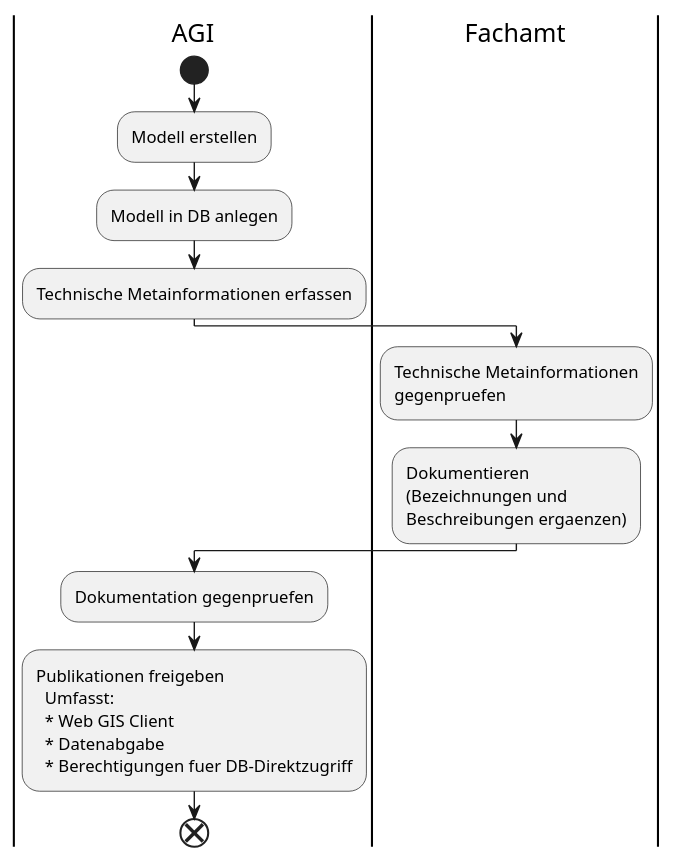
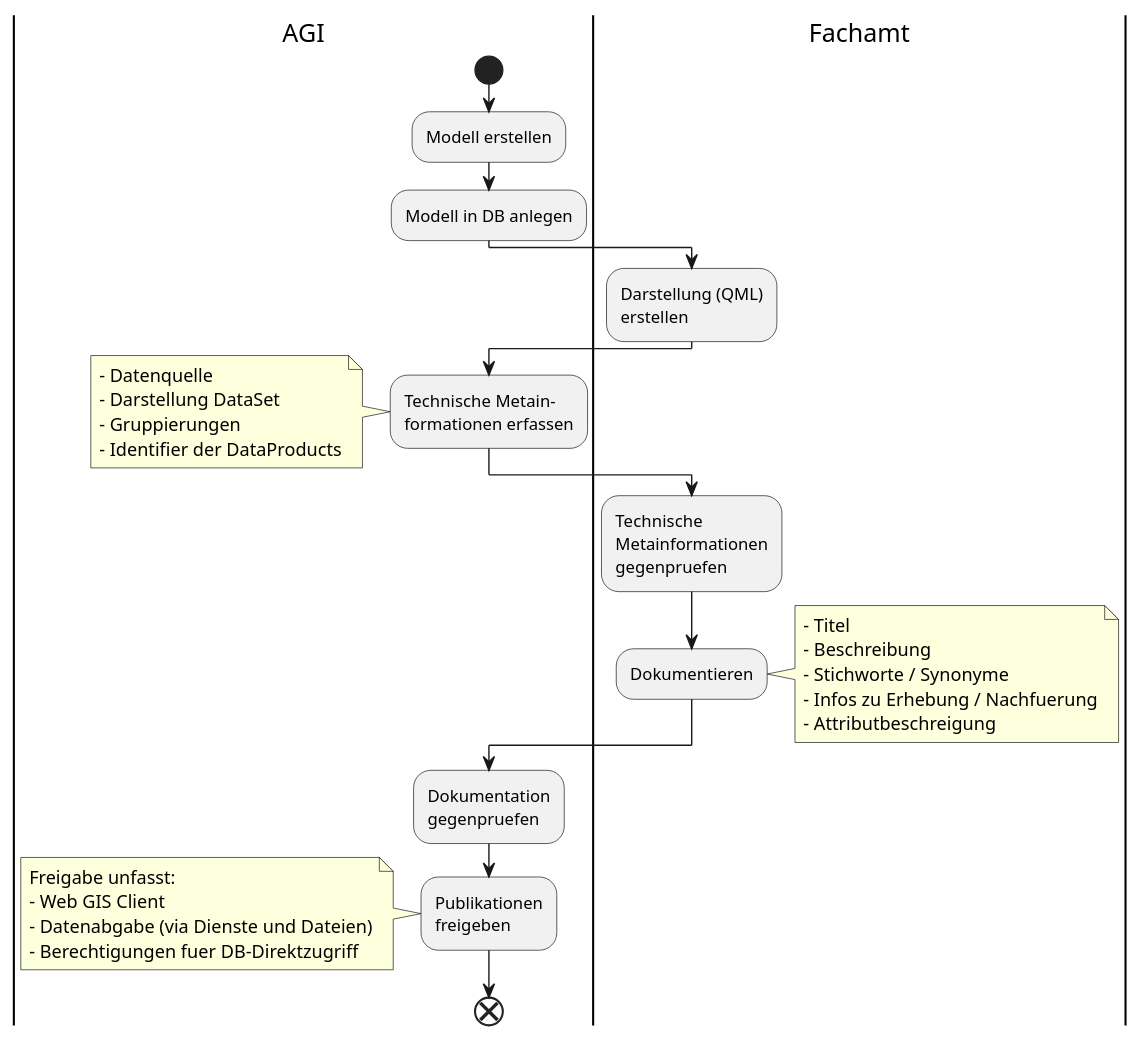
Before and after one commit to simi-so/mm: the diagram in puml/src/ablauf_neu.puml, drawn with PlantUML. The commit also changed 9 other files, not shown here.

Commit message:
Verwendung Metainformationen erstellt und Dokumentstruktur angepasst

```diff
--- a/puml/src/ablauf_neu.puml
+++ b/puml/src/ablauf_neu.puml
@@ -1,21 +1,54 @@
 @startuml
 |AGI|
 start
+
 :Modell erstellen;
+
 :Modell in DB anlegen;
-:Technische Metainformationen erfassen;
+
 |Fachamt|
-:Technische Metainformationen 
+:Darstellung (QML)
+erstellen;
+
+|AGI|
+:Technische Metain-
+formationen erfassen;
+
+note left
+- Datenquelle
+- Darstellung DataSet
+- Gruppierungen
+- Identifier der DataProducts
+end note
+
+|Fachamt|
+:Technische
+Metainformationen
 gegenpruefen;
-:Dokumentieren
-(Bezeichnungen und 
-Beschreibungen ergaenzen);
+
+:Dokumentieren;
+
+note right
+- Titel
+- Beschreibung
+- Stichworte / Synonyme
+- Infos zu Erhebung / Nachfuerung
+- Attributbeschreigung
+end note
+
 |AGI|
-:Dokumentation gegenpruefen;
-:Publikationen freigeben
-  Umfasst:
-  * Web GIS Client
-  * Datenabgabe
-  * Berechtigungen fuer DB-Direktzugriff;
+:Dokumentation
+gegenpruefen;
+
+:Publikationen
+freigeben;
+
+note left
+Freigabe unfasst:
+- Web GIS Client
+- Datenabgabe (via Dienste und Dateien)
+- Berechtigungen fuer DB-Direktzugriff
+end note
+
 end
 @enduml
```
